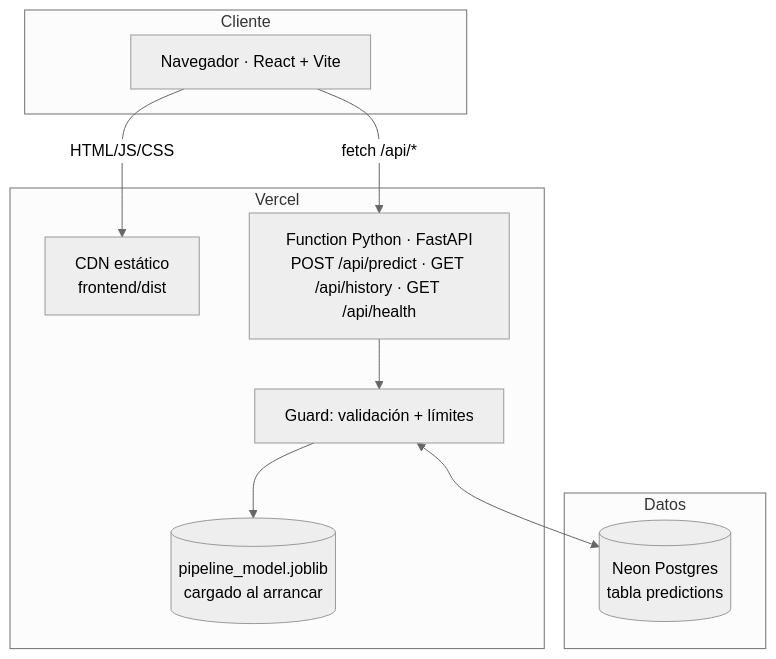
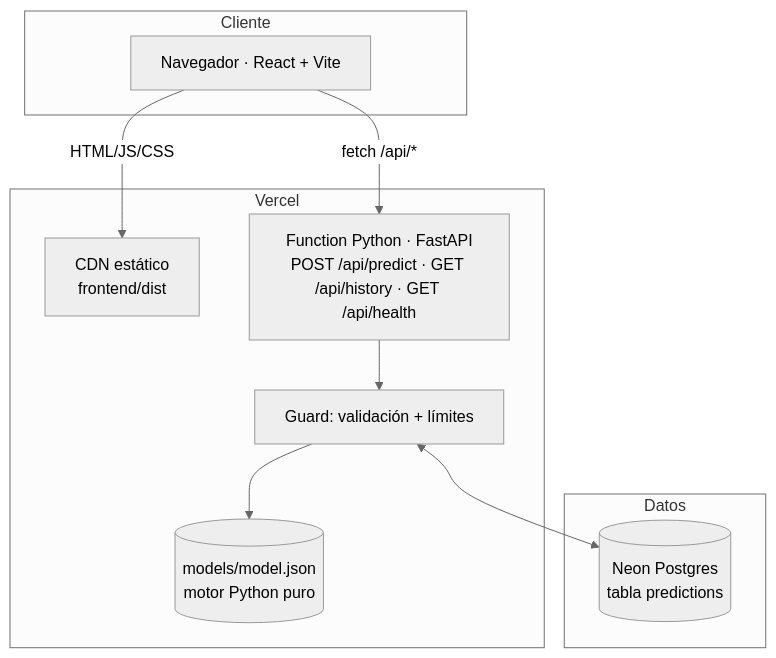
Before and after one commit to rodri-iot/FIUBA-IoT_Machine-Learning: the diagram in docs/architecture.md, drawn with Mermaid (neutral theme). The commit also changed other lines of this file and 3 other files, not shown here.

Commit message:
Docs: reflejar el motor en Python puro y el bug de month

````diff
--- a/docs/architecture.md
+++ b/docs/architecture.md
@@ -5,19 +5,19 @@
 ```mermaid
 flowchart TB
     subgraph Cliente
       B[Navegador · React + Vite]
     end
     subgraph Vercel
       CDN[CDN estático<br/>frontend/dist]
       FN[Function Python · FastAPI<br/>POST /api/predict · GET /api/history · GET /api/health]
       G[Guard: validación + límites]
-      MD[(pipeline_model.joblib<br/>cargado al arrancar)]
+      MD[(models/model.json<br/>motor Python puro)]
     end
     subgraph Datos
       PG[(Neon Postgres<br/>tabla predictions)]
     end
     B -->|HTML/JS/CSS| CDN
     B -->|fetch /api/*| FN
     FN --> G --> MD
     G <--> PG
 ```
````
